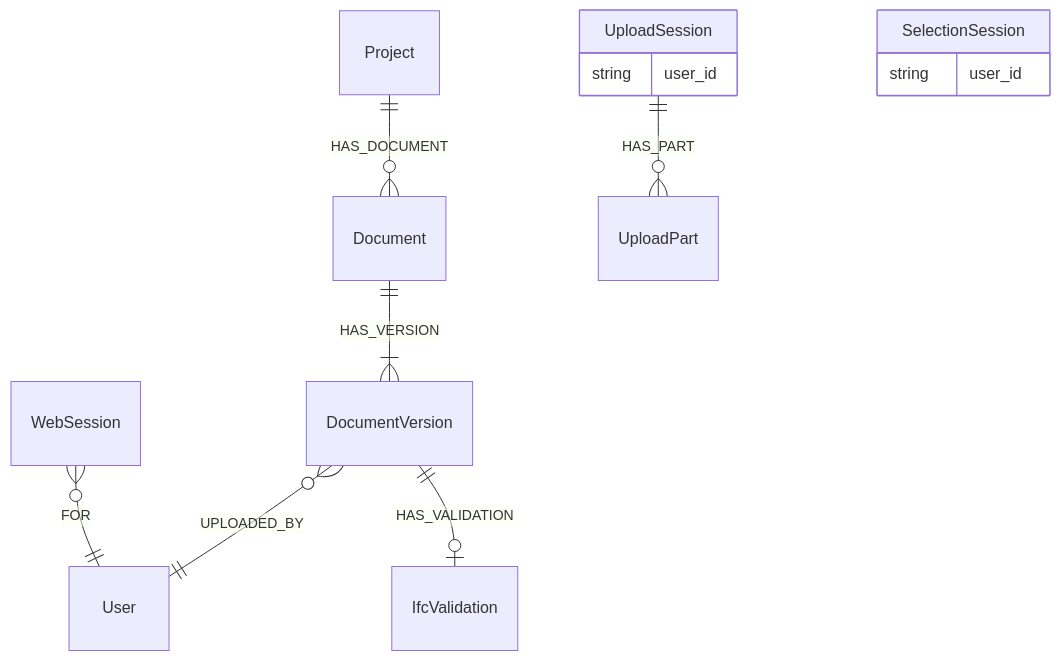
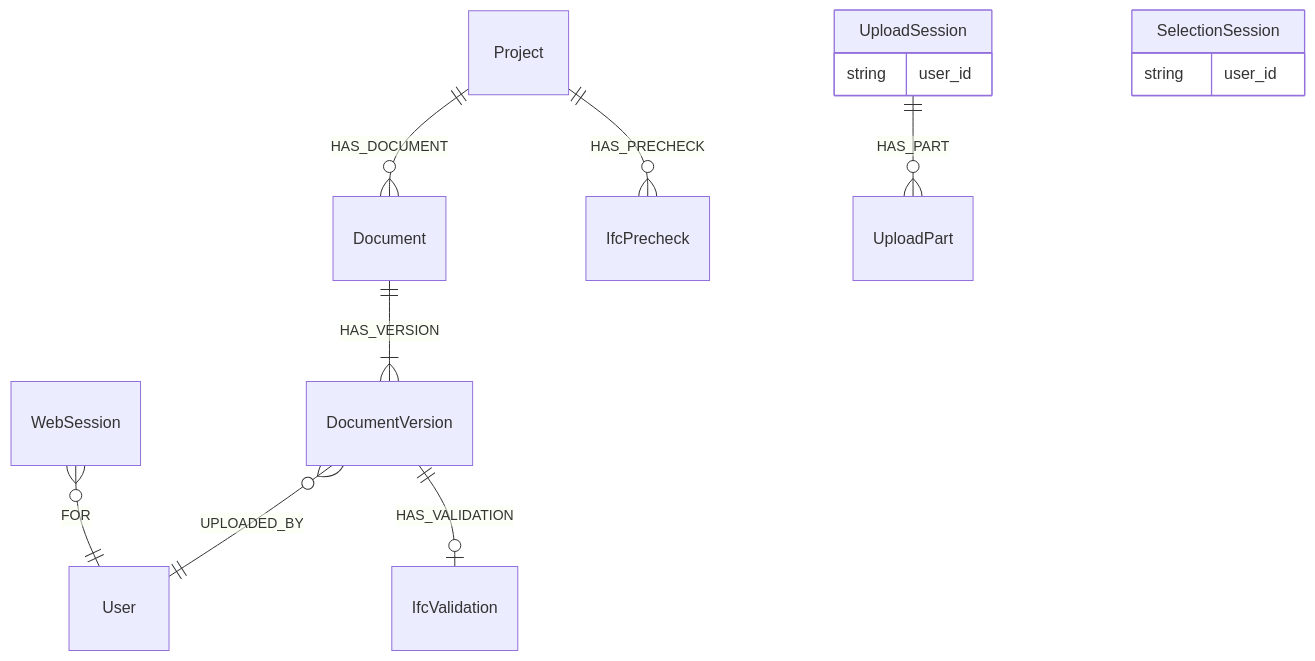
One commit to marwiss/Kontroll changed the fifth of 6 diagrams in docs/da/graph-schema.md. Above: the diagram before and after it, drawn with Mermaid. The commit also changed other lines of this file and 55 other files, not shown here.

First line of the commit message:
Let a project refuse uploads with IFC errors

````diff
--- a/docs/da/graph-schema.md
+++ b/docs/da/graph-schema.md
@@ -123,15 +123,16 @@
 ```mermaid
 erDiagram
     Project ||--o{ Document : HAS_DOCUMENT
     Document ||--|{ DocumentVersion : HAS_VERSION
     DocumentVersion }o--|| User : UPLOADED_BY
     DocumentVersion ||--o| IfcValidation : HAS_VALIDATION
+    Project ||--o{ IfcPrecheck : HAS_PRECHECK
     UploadSession ||--o{ UploadPart : HAS_PART
     WebSession }o--|| User : FOR
     UploadSession {
         string user_id
     }
     SelectionSession {
         string user_id
     }
 ```
````
